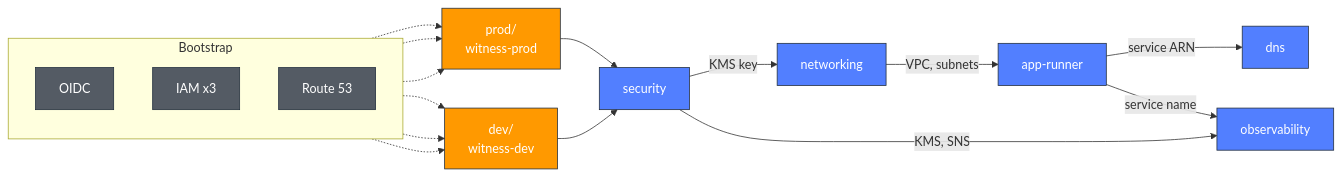
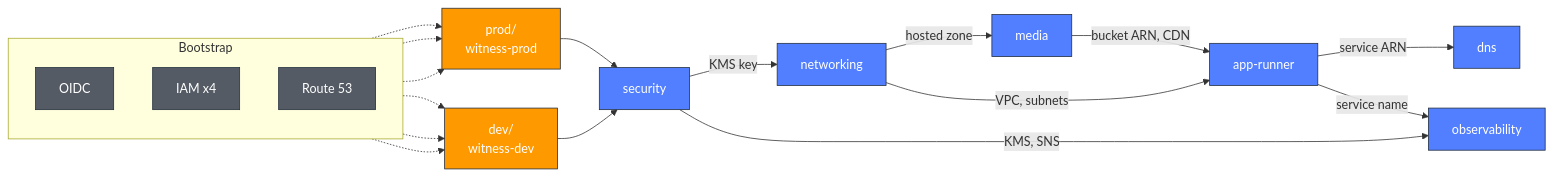
The second of 3 diagrams in README.md (borninthedark/witness), drawn with Mermaid before and after one commit. The commit also changed other lines of this file and 45 other files, not shown here.

Commit message:
feat: add media CDN module, shift-left CI, and raise coverage floor to 71%

````diff
--- a/README.md
+++ b/README.md
@@ -125,22 +131,24 @@
 ```mermaid
 graph LR
     classDef boot fill:#545B64,stroke:#232F3E,color:#fff
     classDef env fill:#FF9900,stroke:#232F3E,color:#fff
     classDef mod fill:#527FFF,stroke:#232F3E,color:#fff
 
     subgraph Bootstrap
         direction TB
         OIDC["OIDC"]:::boot
-        IAM["IAM x3"]:::boot
+        IAM["IAM x4"]:::boot
         R53Z["Route 53"]:::boot
     end
 
     OIDC & IAM & R53Z -.-> DEV["dev/<br/>witness-dev"]:::env & PROD["prod/<br/>witness-prod"]:::env
 
     DEV & PROD --> SEC["security"]:::mod
     SEC -->|KMS key| NET["networking"]:::mod
     NET -->|VPC, subnets| APP["app-runner"]:::mod
     APP -->|service ARN| DNS["dns"]:::mod
     SEC -->|KMS, SNS| OBS["observability"]:::mod
     APP -->|service name| OBS
+    NET -->|hosted zone| MED["media"]:::mod
+    MED -->|bucket ARN, CDN| APP
 ```
````
